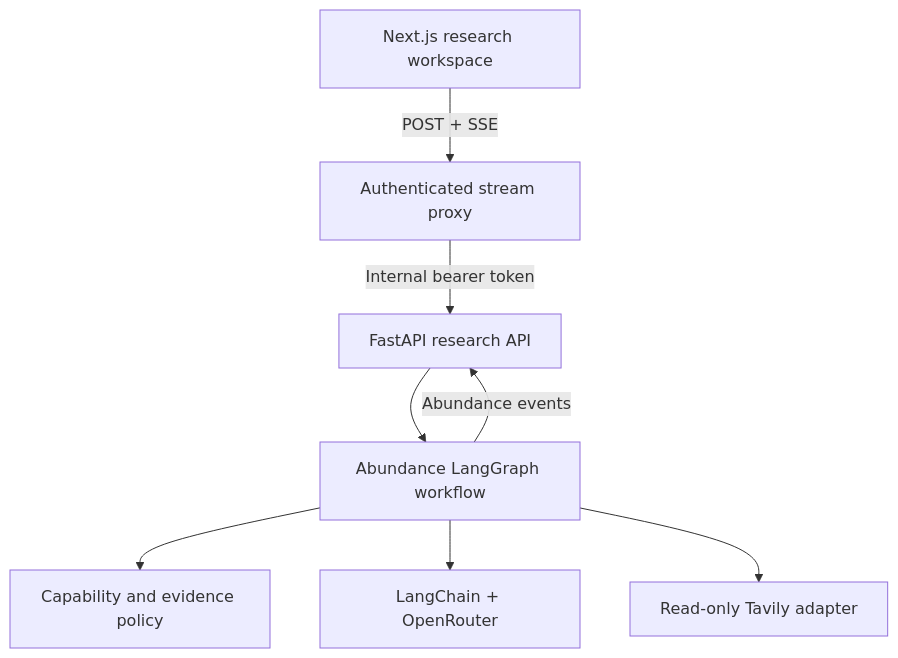
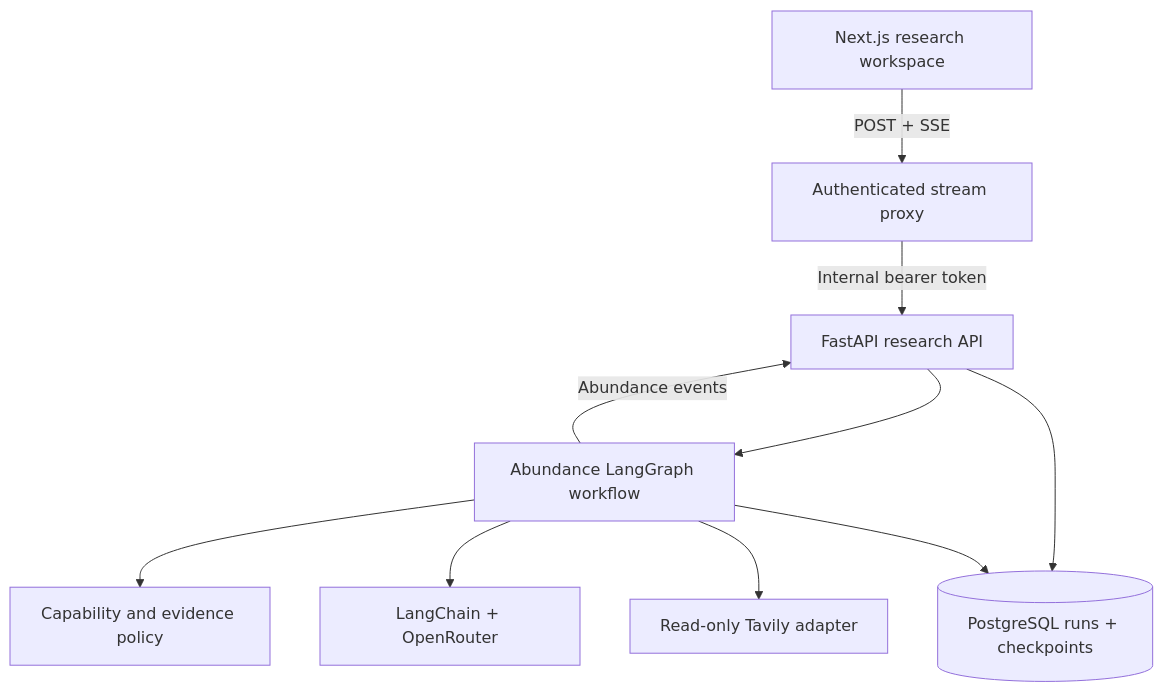
The second of 2 diagrams in README.md (ChrBoebel/Abundance), drawn with Mermaid before and after one commit. The commit also changed other lines of this file and 6 other files, not shown here.

````diff
--- a/README.md
+++ b/README.md
@@ -60,18 +73,21 @@
 ```mermaid
 flowchart TB
     Browser["Next.js research workspace"]
     BFF["Authenticated stream proxy"]
     API["FastAPI research API"]
     Graph["Abundance LangGraph workflow"]
     Policy["Capability and evidence policy"]
     Model["LangChain + OpenRouter"]
     Search["Read-only Tavily adapter"]
+    DB[("PostgreSQL runs + checkpoints")]
 
     Browser -->|"POST + SSE"| BFF
     BFF -->|"Internal bearer token"| API
     API --> Graph
     Graph --> Policy
     Graph --> Model
     Graph --> Search
+    API --> DB
+    Graph --> DB
     Graph -->|"Abundance events"| API
 ```
````
